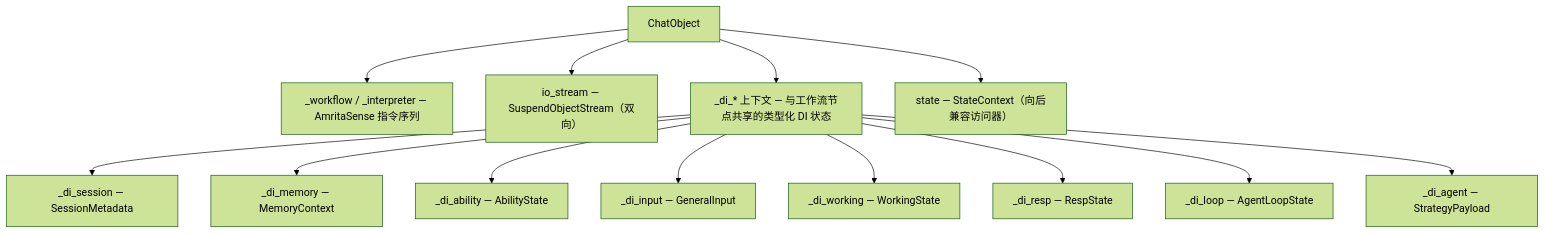
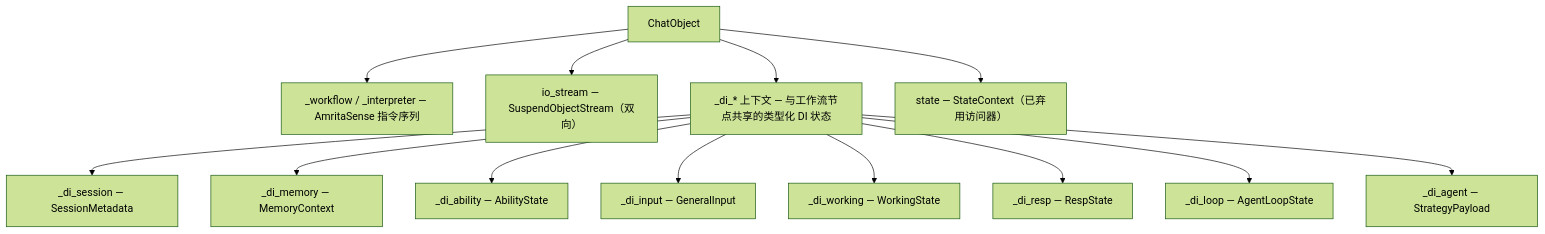
One commit to AmritaBot/AmritaCore changed the first of 2 diagrams in docs/docs/zh/guide/concepts/chat-object.md. Above: the diagram before and after it, drawn with Mermaid (forest theme). The commit also changed 43 other files, not shown here.

````diff
--- a/docs/docs/zh/guide/concepts/chat-object.md
+++ b/docs/docs/zh/guide/concepts/chat-object.md
@@ -9,15 +9,15 @@
 ```mermaid
 flowchart TD
     CO["ChatObject"] --> WF["_workflow / _interpreter — AmritaSense 指令序列"]
     CO --> IO["io_stream — SuspendObjectStream（双向）"]
     CO --> DI["_di_* 上下文 — 与工作流节点共享的类型化 DI 状态"]
-    CO --> ST["state — StateContext（向后兼容访问器）"]
+    CO --> ST["state — StateContext（已弃用访问器）"]
     DI --> S1["_di_session — SessionMetadata"]
     DI --> S2["_di_memory — MemoryContext"]
     DI --> S3["_di_ability — AbilityState"]
     DI --> S4["_di_input — GeneralInput"]
     DI --> S5["_di_working — WorkingState"]
     DI --> S6["_di_resp — RespState"]
     DI --> S7["_di_loop — AgentLoopState"]
     DI --> S8["_di_agent — StrategyPayload"]
 ```
````
